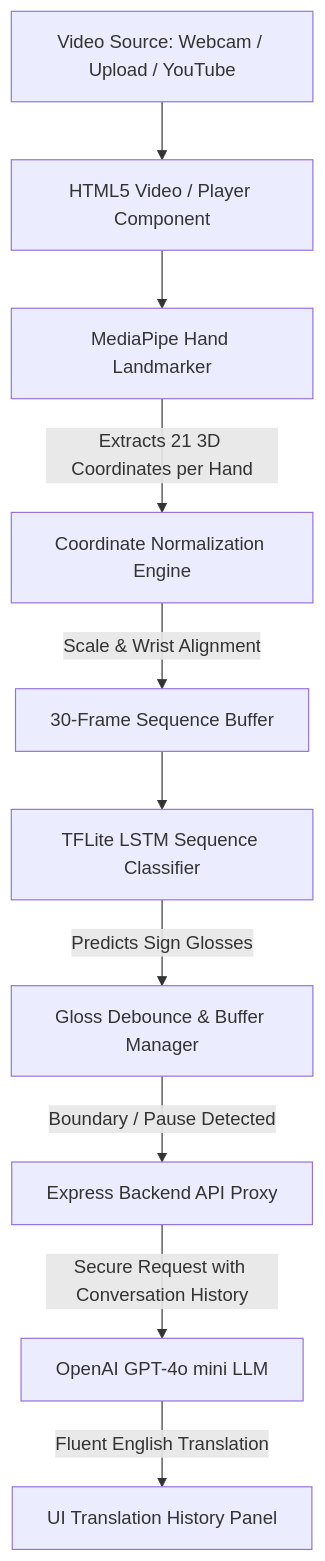
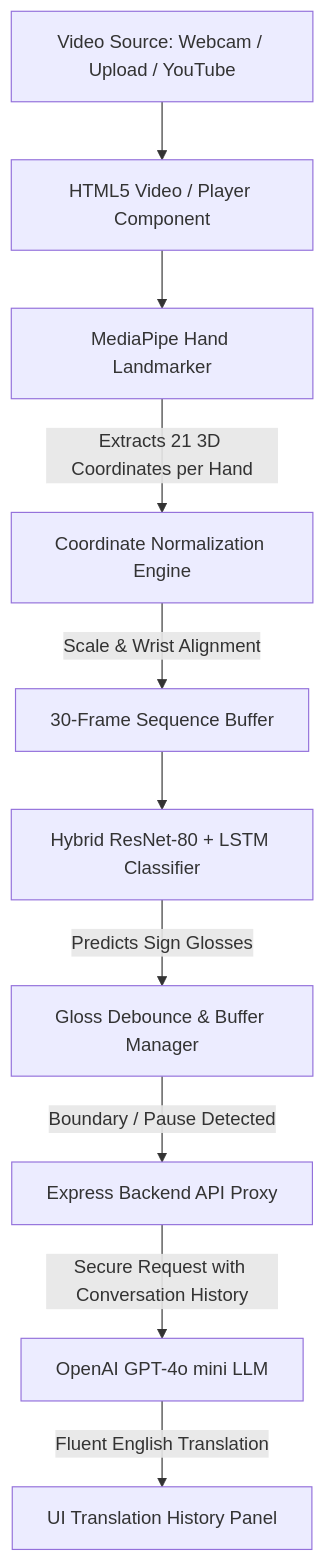
Before and after one commit to AnuragChowdhury/sign-bridge: the diagram in README.md, drawn with Mermaid. The commit also changed other lines of this file and 1 other file, not shown here.

````diff
--- a/README.md
+++ b/README.md
@@ -69,12 +49,12 @@
 ```mermaid
 graph TD
     A[Video Source: Webcam / Upload / YouTube] --> B[HTML5 Video / Player Component]
     B --> C[MediaPipe Hand Landmarker]
     C -->|Extracts 21 3D Coordinates per Hand| D[Coordinate Normalization Engine]
     D -->|Scale & Wrist Alignment| E[30-Frame Sequence Buffer]
-    E --> F[TFLite LSTM Sequence Classifier]
+    E --> F[Hybrid ResNet-80 + LSTM Classifier]
     F -->|Predicts Sign Glosses| G[Gloss Debounce & Buffer Manager]
     G -->|Boundary / Pause Detected| H[Express Backend API Proxy]
     H -->|Secure Request with Conversation History| I[OpenAI GPT-4o mini LLM]
     I -->|Fluent English Translation| J[UI Translation History Panel]
 ```
````
